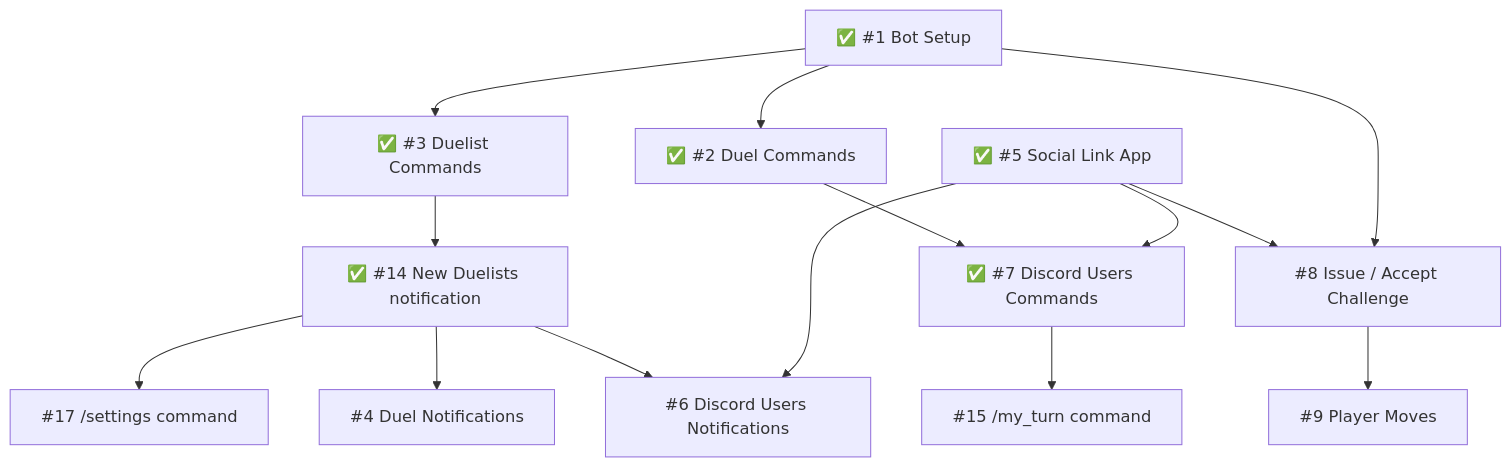
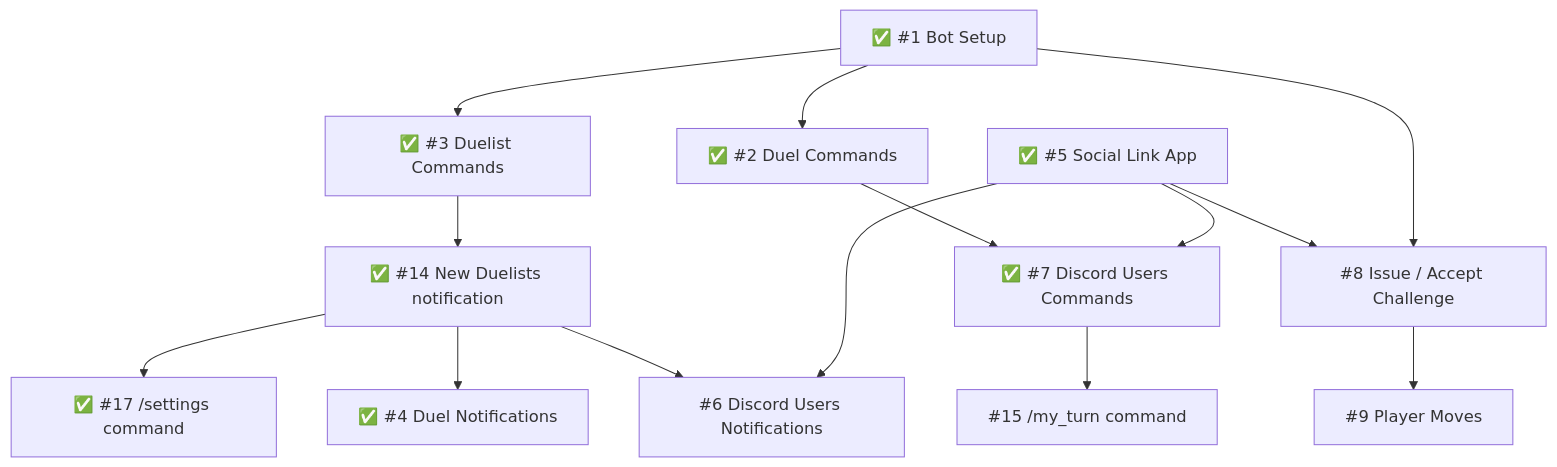
One commit to underware-gg/pistols-discord-bot changed the diagram in README.md. Above: the diagram before and after it, drawn with Mermaid.

Commit message:
roadmap update
closes #4
closes #17

````diff
--- a/README.md
+++ b/README.md
@@ -21,30 +21,30 @@
 ```mermaid
 graph TD;
   A[✅ #1 Bot Setup];
   C[✅ #3 Duelist Commands];
   B[✅ #2 Duel Commands];
-  D[#4 Duel Notifications];
+  D[✅ #4 Duel Notifications];
   E[✅ #5 Social Link App];
   F[#6 Discord Users Notifications];
   G[✅ #7 Discord Users Commands];
   H[#8 Issue / Accept Challenge];
   I[#9 Player Moves];
   J[✅ #14 New Duelists notification];
   K[#15 /my_turn command];
-  L[#17 /settings command];
+  L[✅ #17 /settings command];
 
   A-->C;
   A-->B;
   C-->J;
   E-->F;
   J-->L;
   E-->G;
   B-->G;
   A-->H;
   E-->H;
   H-->I;
   G-->K;
   J-->F;
   J-->D;
 
 ```
````
